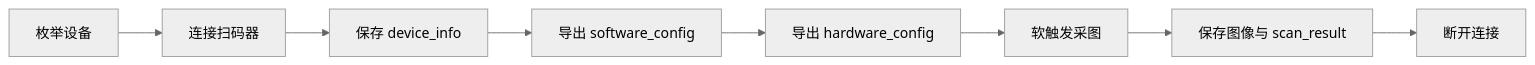
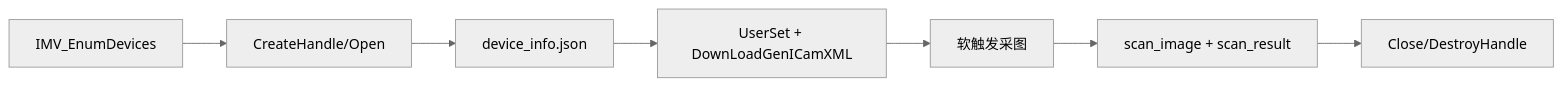
One commit to wuguanghai45/easyid-calibration-tool changed the diagram in README.md. Above: the diagram before and after it, drawn with Mermaid (neutral theme). The commit also changed other lines of this file and 62 other files, not shown here.

First line of the commit message:
Remove legacy EasyID and GVCP discovery modules, transitioning to IMV SDK for device enumeration and calibration

````diff
--- a/README.md
+++ b/README.md
@@ -141,10 +121,9 @@
 ```mermaid
 flowchart LR
-    A[枚举设备] --> B[连接扫码器]
-    B --> C[保存 device_info]
-    C --> D[导出 software_config]
-    D --> E[导出 hardware_config]
-    E --> F[软触发采图]
-    F --> G[保存图像与 scan_result]
-    G --> H[断开连接]
+    A[IMV_EnumDevices] --> B[CreateHandle/Open]
+    B --> C[device_info.json]
+    C --> D[UserSet + DownLoadGenICamXML]
+    D --> E[软触发采图]
+    E --> F[scan_image + scan_result]
+    F --> G[Close/DestroyHandle]
 ```
````
